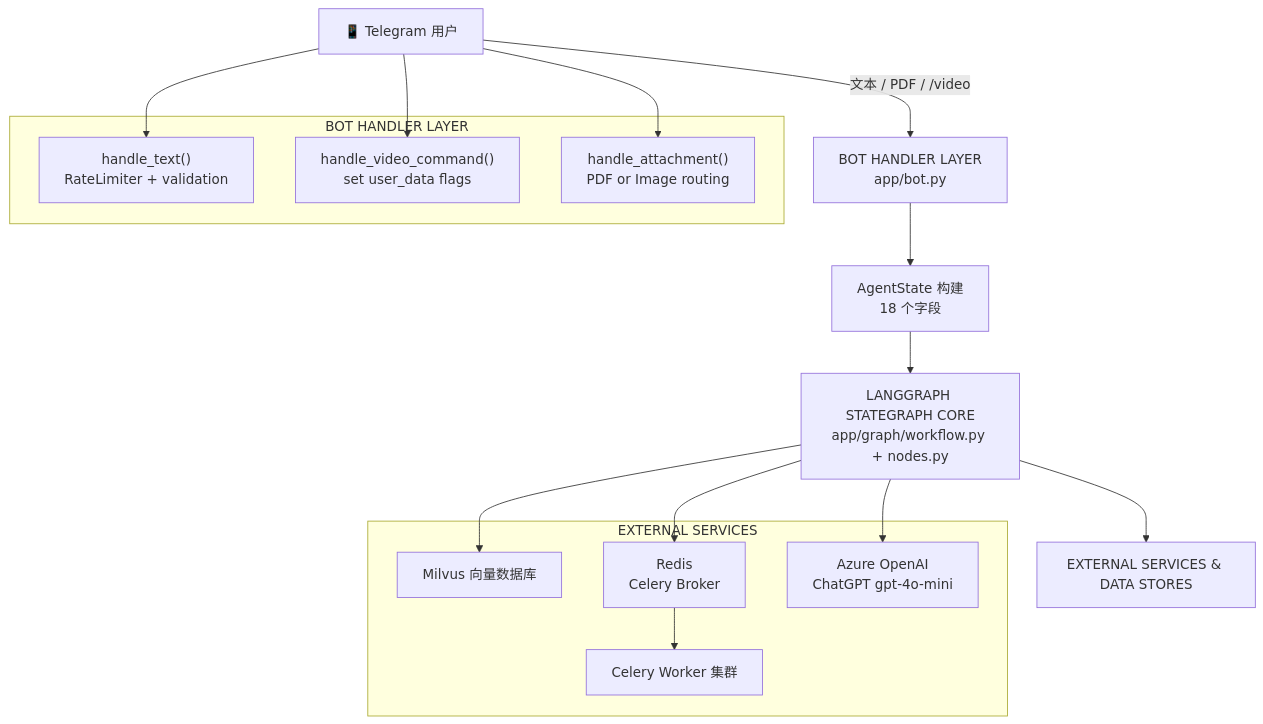
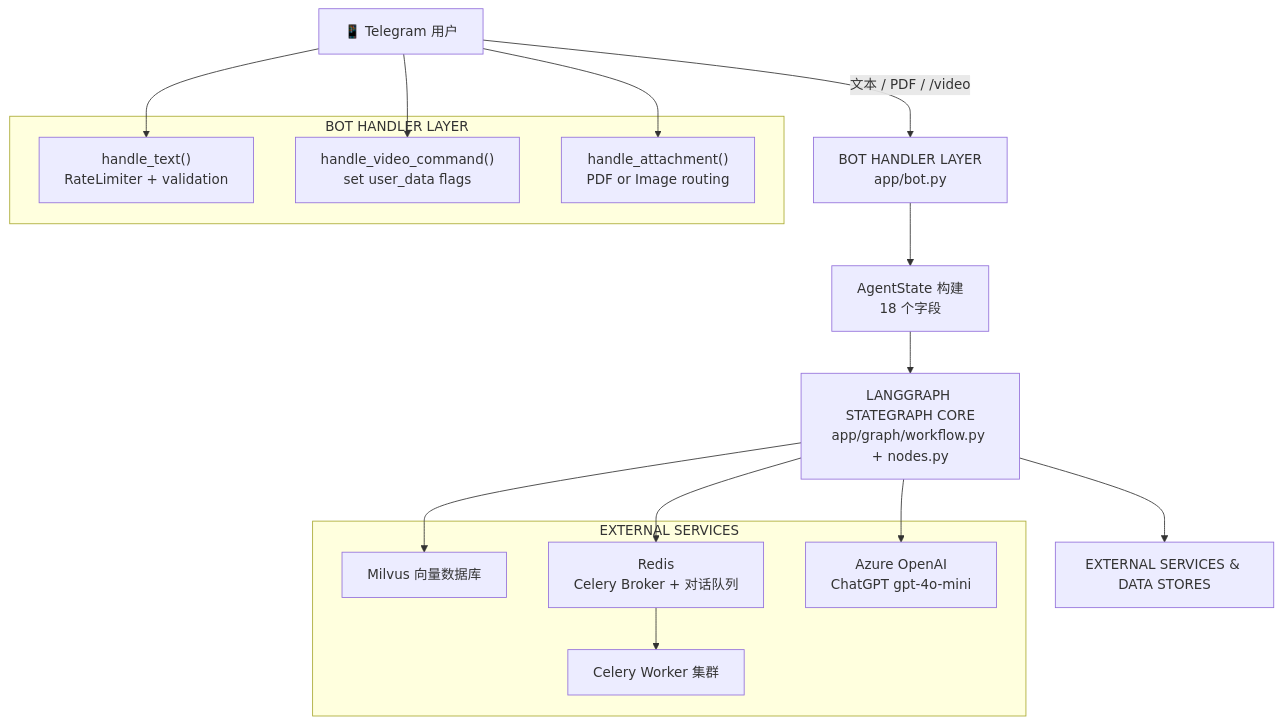
Before and after one commit to ravemelodic/Multi-functional_AI_Assistant: the first of 9 diagrams in 流程图.md, drawn with Mermaid. The commit also changed 5 other files, not shown here.

````diff
--- a/流程图.md
+++ b/流程图.md
@@ -9,33 +9,33 @@
 ```mermaid
 flowchart TD
     User["📱 Telegram 用户"]
     Handler["BOT HANDLER LAYER<br/>app/bot.py"]
     State["AgentState 构建<br/>18 个字段"]
     Graph["LANGGRAPH STATEGRAPH CORE<br/>app/graph/workflow.py + nodes.py"]
     Services["EXTERNAL SERVICES & DATA STORES"]
 
     User -->|文本 / PDF / /video| Handler
     Handler --> State
     State --> Graph
     Graph --> Services
 
     subgraph HandlerDetail ["BOT HANDLER LAYER"]
         HT["handle_text()<br/>RateLimiter + validation"]
         HVC["handle_video_command()<br/>set user_data flags"]
         HA["handle_attachment()<br/>PDF or Image routing"]
     end
     User --> HT
     User --> HVC
     User --> HA
 
     subgraph ServicesDetail ["EXTERNAL SERVICES"]
         MilvusDB["Milvus 向量数据库"]
-        Redis["Redis<br/>Celery Broker"]
+        Redis["Redis<br/>Celery Broker + 对话队列"]
         OpenAI["Azure OpenAI<br/>ChatGPT gpt-4o-mini"]
         Celery["Celery Worker 集群"]
     end
     Graph --> MilvusDB
     Graph --> OpenAI
     Graph --> Redis
     Redis --> Celery
 ```
````
